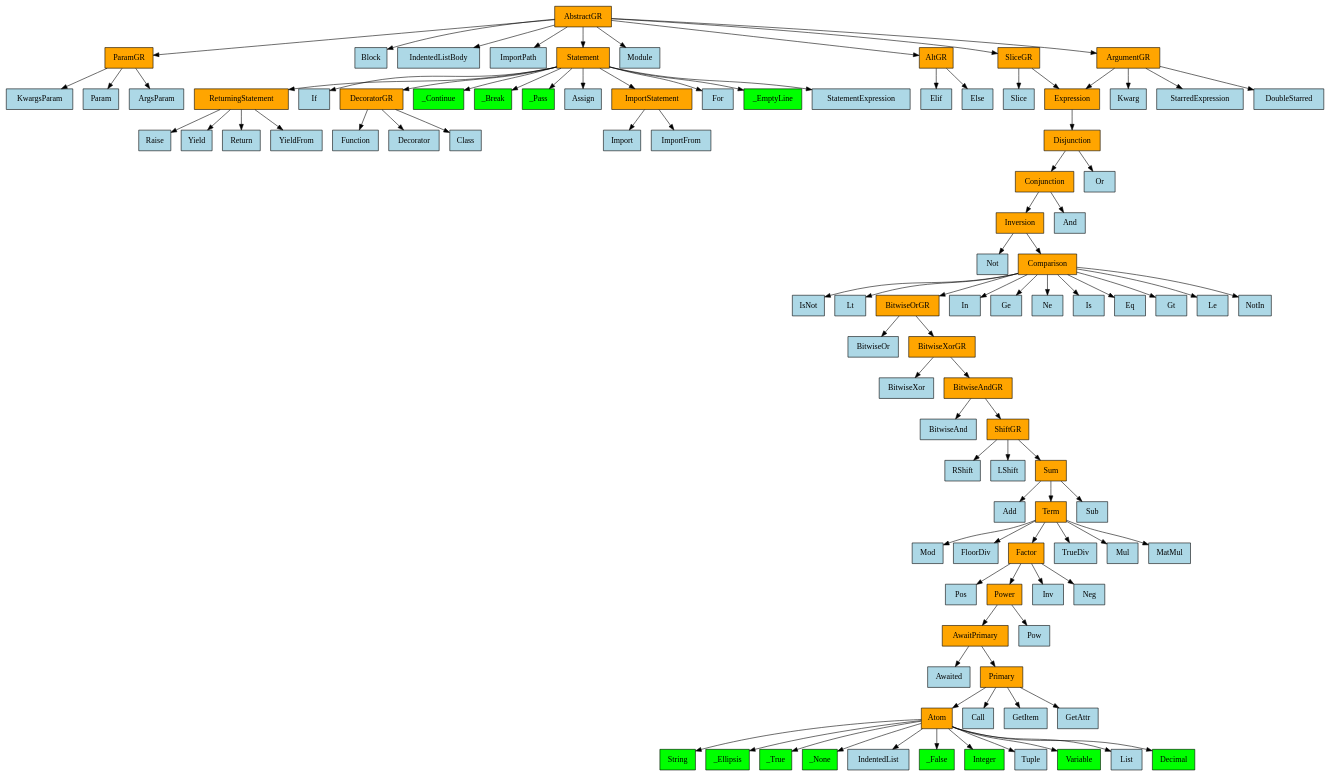
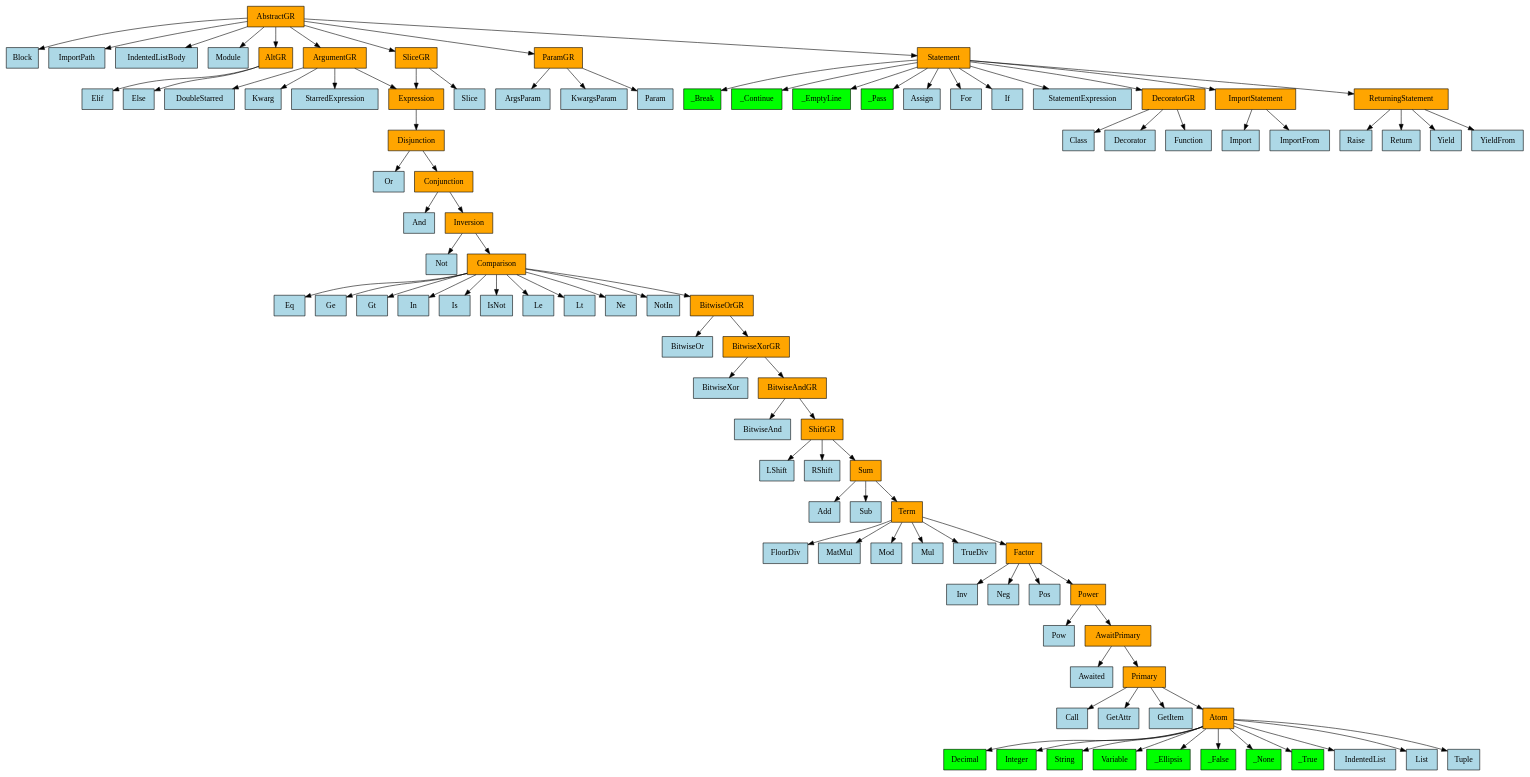
The diagram in language/base/python/v3_10_0/mro_graph.gv (GabrielAmare/Language), drawn with Graphviz before and after one commit. The commit also changed 2 other files, not shown here.

Commit message:
make the mro_graph generated graphviz file deterministic
the same class_manager generates the same file.

```diff
--- a/language/base/python/v3_10_0/mro_graph.gv
+++ b/language/base/python/v3_10_0/mro_graph.gv
@@ -1,103 +1,103 @@
 digraph {
 	0 [label=AbstractGR fillcolor=orange shape=rect style=filled]
-	1 [label=ParamGR fillcolor=orange shape=rect style=filled]
-	2 [label=Block fillcolor=lightblue shape=rect style=filled]
+	1 [label=Block fillcolor=lightblue shape=rect style=filled]
+	2 [label=ImportPath fillcolor=lightblue shape=rect style=filled]
 	3 [label=IndentedListBody fillcolor=lightblue shape=rect style=filled]
-	4 [label=ImportPath fillcolor=lightblue shape=rect style=filled]
-	5 [label=Statement fillcolor=orange shape=rect style=filled]
-	6 [label=Module fillcolor=lightblue shape=rect style=filled]
-	7 [label=AltGR fillcolor=orange shape=rect style=filled]
+	4 [label=Module fillcolor=lightblue shape=rect style=filled]
+	5 [label=AltGR fillcolor=orange shape=rect style=filled]
+	6 [label=ArgumentGR fillcolor=orange shape=rect style=filled]
+	7 [label=ParamGR fillcolor=orange shape=rect style=filled]
 	8 [label=SliceGR fillcolor=orange shape=rect style=filled]
-	9 [label=ArgumentGR fillcolor=orange shape=rect style=filled]
-	10 [label=ReturningStatement fillcolor=orange shape=rect style=filled]
-	11 [label=If fillcolor=lightblue shape=rect style=filled]
-	12 [label=DecoratorGR fillcolor=orange shape=rect style=filled]
-	13 [label=_Continue fillcolor=lime shape=rect style=filled]
-	14 [label=_Break fillcolor=lime shape=rect style=filled]
-	15 [label=_Pass fillcolor=lime shape=rect style=filled]
-	16 [label=Assign fillcolor=lightblue shape=rect style=filled]
-	17 [label=ImportStatement fillcolor=orange shape=rect style=filled]
-	18 [label=For fillcolor=lightblue shape=rect style=filled]
-	19 [label=_EmptyLine fillcolor=lime shape=rect style=filled]
-	20 [label=StatementExpression fillcolor=lightblue shape=rect style=filled]
-	21 [label=Raise fillcolor=lightblue shape=rect style=filled]
-	22 [label=Yield fillcolor=lightblue shape=rect style=filled]
-	23 [label=Return fillcolor=lightblue shape=rect style=filled]
-	24 [label=YieldFrom fillcolor=lightblue shape=rect style=filled]
-	25 [label=Function fillcolor=lightblue shape=rect style=filled]
-	26 [label=Decorator fillcolor=lightblue shape=rect style=filled]
-	27 [label=Class fillcolor=lightblue shape=rect style=filled]
-	28 [label=Import fillcolor=lightblue shape=rect style=filled]
-	29 [label=ImportFrom fillcolor=lightblue shape=rect style=filled]
-	30 [label=Elif fillcolor=lightblue shape=rect style=filled]
-	31 [label=Else fillcolor=lightblue shape=rect style=filled]
-	32 [label=KwargsParam fillcolor=lightblue shape=rect style=filled]
-	33 [label=Param fillcolor=lightblue shape=rect style=filled]
-	34 [label=ArgsParam fillcolor=lightblue shape=rect style=filled]
-	35 [label=Slice fillcolor=lightblue shape=rect style=filled]
-	36 [label=Expression fillcolor=orange shape=rect style=filled]
-	37 [label=Disjunction fillcolor=orange shape=rect style=filled]
-	38 [label=Conjunction fillcolor=orange shape=rect style=filled]
-	39 [label=Or fillcolor=lightblue shape=rect style=filled]
-	40 [label=Inversion fillcolor=orange shape=rect style=filled]
-	41 [label=And fillcolor=lightblue shape=rect style=filled]
-	42 [label=Not fillcolor=lightblue shape=rect style=filled]
-	43 [label=Comparison fillcolor=orange shape=rect style=filled]
-	44 [label=IsNot fillcolor=lightblue shape=rect style=filled]
-	45 [label=Lt fillcolor=lightblue shape=rect style=filled]
-	46 [label=BitwiseOrGR fillcolor=orange shape=rect style=filled]
-	47 [label=In fillcolor=lightblue shape=rect style=filled]
+	9 [label=Statement fillcolor=orange shape=rect style=filled]
+	10 [label=_Break fillcolor=lime shape=rect style=filled]
+	11 [label=_Continue fillcolor=lime shape=rect style=filled]
+	12 [label=_EmptyLine fillcolor=lime shape=rect style=filled]
+	13 [label=_Pass fillcolor=lime shape=rect style=filled]
+	14 [label=ArgsParam fillcolor=lightblue shape=rect style=filled]
+	15 [label=Assign fillcolor=lightblue shape=rect style=filled]
+	16 [label=DoubleStarred fillcolor=lightblue shape=rect style=filled]
+	17 [label=Elif fillcolor=lightblue shape=rect style=filled]
+	18 [label=Else fillcolor=lightblue shape=rect style=filled]
+	19 [label=For fillcolor=lightblue shape=rect style=filled]
+	20 [label=If fillcolor=lightblue shape=rect style=filled]
+	21 [label=Kwarg fillcolor=lightblue shape=rect style=filled]
+	22 [label=KwargsParam fillcolor=lightblue shape=rect style=filled]
+	23 [label=Param fillcolor=lightblue shape=rect style=filled]
+	24 [label=Slice fillcolor=lightblue shape=rect style=filled]
+	25 [label=StarredExpression fillcolor=lightblue shape=rect style=filled]
+	26 [label=StatementExpression fillcolor=lightblue shape=rect style=filled]
+	27 [label=DecoratorGR fillcolor=orange shape=rect style=filled]
+	28 [label=Expression fillcolor=orange shape=rect style=filled]
+	29 [label=ImportStatement fillcolor=orange shape=rect style=filled]
+	30 [label=ReturningStatement fillcolor=orange shape=rect style=filled]
+	31 [label=Class fillcolor=lightblue shape=rect style=filled]
+	32 [label=Decorator fillcolor=lightblue shape=rect style=filled]
+	33 [label=Function fillcolor=lightblue shape=rect style=filled]
+	34 [label=Import fillcolor=lightblue shape=rect style=filled]
+	35 [label=ImportFrom fillcolor=lightblue shape=rect style=filled]
+	36 [label=Raise fillcolor=lightblue shape=rect style=filled]
+	37 [label=Return fillcolor=lightblue shape=rect style=filled]
+	38 [label=Yield fillcolor=lightblue shape=rect style=filled]
+	39 [label=YieldFrom fillcolor=lightblue shape=rect style=filled]
+	40 [label=Disjunction fillcolor=orange shape=rect style=filled]
+	41 [label=Or fillcolor=lightblue shape=rect style=filled]
+	42 [label=Conjunction fillcolor=orange shape=rect style=filled]
+	43 [label=And fillcolor=lightblue shape=rect style=filled]
+	44 [label=Inversion fillcolor=orange shape=rect style=filled]
+	45 [label=Not fillcolor=lightblue shape=rect style=filled]
+	46 [label=Comparison fillcolor=orange shape=rect style=filled]
+	47 [label=Eq fillcolor=lightblue shape=rect style=filled]
 	48 [label=Ge fillcolor=lightblue shape=rect style=filled]
-	49 [label=Ne fillcolor=lightblue shape=rect style=filled]
-	50 [label=Is fillcolor=lightblue shape=rect style=filled]
-	51 [label=Eq fillcolor=lightblue shape=rect style=filled]
-	52 [label=Gt fillcolor=lightblue shape=rect style=filled]
+	49 [label=Gt fillcolor=lightblue shape=rect style=filled]
+	50 [label=In fillcolor=lightblue shape=rect style=filled]
+	51 [label=Is fillcolor=lightblue shape=rect style=filled]
+	52 [label=IsNot fillcolor=lightblue shape=rect style=filled]
 	53 [label=Le fillcolor=lightblue shape=rect style=filled]
-	54 [label=NotIn fillcolor=lightblue shape=rect style=filled]
-	55 [label=BitwiseOr fillcolor=lightblue shape=rect style=filled]
-	56 [label=BitwiseXorGR fillcolor=orange shape=rect style=filled]
-	57 [label=BitwiseXor fillcolor=lightblue shape=rect style=filled]
-	58 [label=BitwiseAndGR fillcolor=orange shape=rect style=filled]
-	59 [label=BitwiseAnd fillcolor=lightblue shape=rect style=filled]
-	60 [label=ShiftGR fillcolor=orange shape=rect style=filled]
-	61 [label=RShift fillcolor=lightblue shape=rect style=filled]
-	62 [label=LShift fillcolor=lightblue shape=rect style=filled]
-	63 [label=Sum fillcolor=orange shape=rect style=filled]
-	64 [label=Add fillcolor=lightblue shape=rect style=filled]
-	65 [label=Term fillcolor=orange shape=rect style=filled]
-	66 [label=Sub fillcolor=lightblue shape=rect style=filled]
-	67 [label=Mod fillcolor=lightblue shape=rect style=filled]
-	68 [label=FloorDiv fillcolor=lightblue shape=rect style=filled]
-	69 [label=Factor fillcolor=orange shape=rect style=filled]
-	70 [label=TrueDiv fillcolor=lightblue shape=rect style=filled]
-	71 [label=Mul fillcolor=lightblue shape=rect style=filled]
-	72 [label=MatMul fillcolor=lightblue shape=rect style=filled]
-	73 [label=Pos fillcolor=lightblue shape=rect style=filled]
-	74 [label=Power fillcolor=orange shape=rect style=filled]
-	75 [label=Inv fillcolor=lightblue shape=rect style=filled]
-	76 [label=Neg fillcolor=lightblue shape=rect style=filled]
-	77 [label=AwaitPrimary fillcolor=orange shape=rect style=filled]
-	78 [label=Pow fillcolor=lightblue shape=rect style=filled]
-	79 [label=Awaited fillcolor=lightblue shape=rect style=filled]
-	80 [label=Primary fillcolor=orange shape=rect style=filled]
-	81 [label=Atom fillcolor=orange shape=rect style=filled]
-	82 [label=Call fillcolor=lightblue shape=rect style=filled]
-	83 [label=GetItem fillcolor=lightblue shape=rect style=filled]
-	84 [label=GetAttr fillcolor=lightblue shape=rect style=filled]
-	85 [label=String fillcolor=lime shape=rect style=filled]
-	86 [label=_Ellipsis fillcolor=lime shape=rect style=filled]
-	87 [label=_True fillcolor=lime shape=rect style=filled]
-	88 [label=_None fillcolor=lime shape=rect style=filled]
-	89 [label=IndentedList fillcolor=lightblue shape=rect style=filled]
-	90 [label=_False fillcolor=lime shape=rect style=filled]
-	91 [label=Integer fillcolor=lime shape=rect style=filled]
-	92 [label=Tuple fillcolor=lightblue shape=rect style=filled]
-	93 [label=Variable fillcolor=lime shape=rect style=filled]
-	94 [label=List fillcolor=lightblue shape=rect style=filled]
-	95 [label=Decimal fillcolor=lime shape=rect style=filled]
-	96 [label=Kwarg fillcolor=lightblue shape=rect style=filled]
-	97 [label=StarredExpression fillcolor=lightblue shape=rect style=filled]
-	98 [label=DoubleStarred fillcolor=lightblue shape=rect style=filled]
+	54 [label=Lt fillcolor=lightblue shape=rect style=filled]
+	55 [label=Ne fillcolor=lightblue shape=rect style=filled]
+	56 [label=NotIn fillcolor=lightblue shape=rect style=filled]
+	57 [label=BitwiseOrGR fillcolor=orange shape=rect style=filled]
+	58 [label=BitwiseOr fillcolor=lightblue shape=rect style=filled]
+	59 [label=BitwiseXorGR fillcolor=orange shape=rect style=filled]
+	60 [label=BitwiseXor fillcolor=lightblue shape=rect style=filled]
+	61 [label=BitwiseAndGR fillcolor=orange shape=rect style=filled]
+	62 [label=BitwiseAnd fillcolor=lightblue shape=rect style=filled]
+	63 [label=ShiftGR fillcolor=orange shape=rect style=filled]
+	64 [label=LShift fillcolor=lightblue shape=rect style=filled]
+	65 [label=RShift fillcolor=lightblue shape=rect style=filled]
+	66 [label=Sum fillcolor=orange shape=rect style=filled]
+	67 [label=Add fillcolor=lightblue shape=rect style=filled]
+	68 [label=Sub fillcolor=lightblue shape=rect style=filled]
+	69 [label=Term fillcolor=orange shape=rect style=filled]
+	70 [label=FloorDiv fillcolor=lightblue shape=rect style=filled]
+	71 [label=MatMul fillcolor=lightblue shape=rect style=filled]
+	72 [label=Mod fillcolor=lightblue shape=rect style=filled]
+	73 [label=Mul fillcolor=lightblue shape=rect style=filled]
+	74 [label=TrueDiv fillcolor=lightblue shape=rect style=filled]
+	75 [label=Factor fillcolor=orange shape=rect style=filled]
+	76 [label=Inv fillcolor=lightblue shape=rect style=filled]
+	77 [label=Neg fillcolor=lightblue shape=rect style=filled]
+	78 [label=Pos fillcolor=lightblue shape=rect style=filled]
+	79 [label=Power fillcolor=orange shape=rect style=filled]
+	80 [label=Pow fillcolor=lightblue shape=rect style=filled]
+	81 [label=AwaitPrimary fillcolor=orange shape=rect style=filled]
+	82 [label=Awaited fillcolor=lightblue shape=rect style=filled]
+	83 [label=Primary fillcolor=orange shape=rect style=filled]
+	84 [label=Call fillcolor=lightblue shape=rect style=filled]
+	85 [label=GetAttr fillcolor=lightblue shape=rect style=filled]
+	86 [label=GetItem fillcolor=lightblue shape=rect style=filled]
+	87 [label=Atom fillcolor=orange shape=rect style=filled]
+	88 [label=Decimal fillcolor=lime shape=rect style=filled]
+	89 [label=Integer fillcolor=lime shape=rect style=filled]
+	90 [label=String fillcolor=lime shape=rect style=filled]
+	91 [label=Variable fillcolor=lime shape=rect style=filled]
+	92 [label=_Ellipsis fillcolor=lime shape=rect style=filled]
+	93 [label=_False fillcolor=lime shape=rect style=filled]
+	94 [label=_None fillcolor=lime shape=rect style=filled]
+	95 [label=_True fillcolor=lime shape=rect style=filled]
+	96 [label=IndentedList fillcolor=lightblue shape=rect style=filled]
+	97 [label=List fillcolor=lightblue shape=rect style=filled]
+	98 [label=Tuple fillcolor=lightblue shape=rect style=filled]
 	0 -> 1
 	0 -> 2
 	0 -> 3
@@ -107,94 +107,94 @@
 	0 -> 7
 	0 -> 8
 	0 -> 9
-	5 -> 10
-	5 -> 11
-	5 -> 12
-	5 -> 13
-	5 -> 14
-	5 -> 15
-	5 -> 16
 	5 -> 17
 	5 -> 18
-	5 -> 19
-	5 -> 20
-	10 -> 21
-	10 -> 22
-	10 -> 23
-	10 -> 24
-	12 -> 25
-	12 -> 26
-	12 -> 27
-	17 -> 28
-	17 -> 29
-	7 -> 30
-	7 -> 31
-	1 -> 32
-	1 -> 33
-	1 -> 34
-	8 -> 35
-	8 -> 36
-	36 -> 37
-	37 -> 38
-	37 -> 39
-	38 -> 40
-	38 -> 41
+	6 -> 16
+	6 -> 21
+	6 -> 25
+	6 -> 28
+	7 -> 14
+	7 -> 22
+	7 -> 23
+	8 -> 24
+	8 -> 28
+	9 -> 10
+	9 -> 11
+	9 -> 12
+	9 -> 13
+	9 -> 15
+	9 -> 19
+	9 -> 20
+	9 -> 26
+	9 -> 27
+	9 -> 29
+	9 -> 30
+	27 -> 31
+	27 -> 32
+	27 -> 33
+	28 -> 40
+	29 -> 34
+	29 -> 35
+	30 -> 36
+	30 -> 37
+	30 -> 38
+	30 -> 39
+	40 -> 41
 	40 -> 42
-	40 -> 43
-	43 -> 44
-	43 -> 45
-	43 -> 46
-	43 -> 47
-	43 -> 48
-	43 -> 49
-	43 -> 50
-	43 -> 51
-	43 -> 52
-	43 -> 53
-	43 -> 54
+	42 -> 43
+	42 -> 44
+	44 -> 45
+	44 -> 46
+	46 -> 47
+	46 -> 48
+	46 -> 49
+	46 -> 50
+	46 -> 51
+	46 -> 52
+	46 -> 53
+	46 -> 54
 	46 -> 55
 	46 -> 56
-	56 -> 57
-	56 -> 58
-	58 -> 59
-	58 -> 60
-	60 -> 61
-	60 -> 62
-	60 -> 63
+	46 -> 57
+	57 -> 58
+	57 -> 59
+	59 -> 60
+	59 -> 61
+	61 -> 62
+	61 -> 63
 	63 -> 64
 	63 -> 65
 	63 -> 66
-	65 -> 67
-	65 -> 68
-	65 -> 69
-	65 -> 70
-	65 -> 71
-	65 -> 72
+	66 -> 67
+	66 -> 68
+	66 -> 69
+	69 -> 70
+	69 -> 71
+	69 -> 72
 	69 -> 73
 	69 -> 74
 	69 -> 75
-	69 -> 76
-	74 -> 77
-	74 -> 78
-	77 -> 79
-	77 -> 80
-	80 -> 81
-	80 -> 82
-	80 -> 83
-	80 -> 84
-	81 -> 85
-	81 -> 86
-	81 -> 87
-	81 -> 88
-	81 -> 89
-	81 -> 90
-	81 -> 91
-	81 -> 92
-	81 -> 93
-	81 -> 94
-	81 -> 95
-	9 -> 96
-	9 -> 97
-	9 -> 98
-	9 -> 36
+	75 -> 76
+	75 -> 77
+	75 -> 78
+	75 -> 79
+	79 -> 80
+	79 -> 81
+	81 -> 82
+	81 -> 83
+	83 -> 84
+	83 -> 85
+	83 -> 86
+	83 -> 87
+	87 -> 88
+	87 -> 89
+	87 -> 90
+	87 -> 91
+	87 -> 92
+	87 -> 93
+	87 -> 94
+	87 -> 95
+	87 -> 96
+	87 -> 97
+	87 -> 98
 }
```
